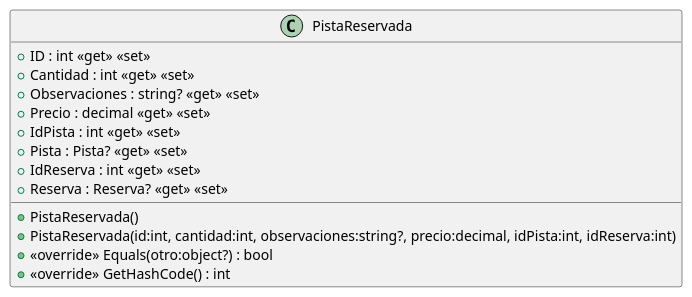
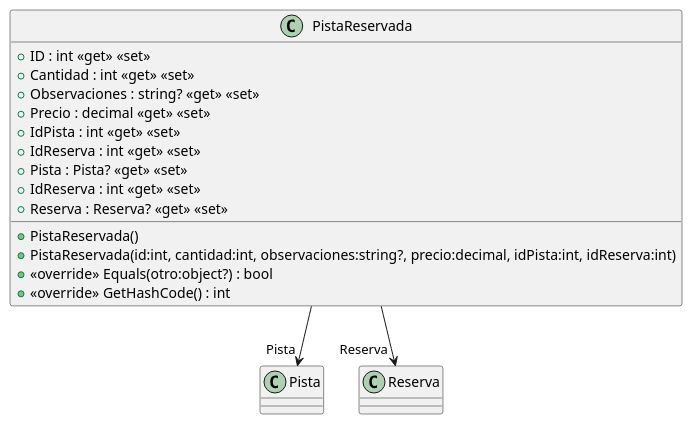
The diagram in src/AppForSEII.API/ClassDiagram/PistaReservada.puml (GrupoSixSeven/ISII2627GrupoSixSeven), drawn with PlantUML before and after one commit. The commit also changed 13 other files, not shown here.

First line of the commit message:
Crear diagrama CU-3 (T-29)

```diff
--- a/src/AppForSEII.API/ClassDiagram/PistaReservada.puml
+++ b/src/AppForSEII.API/ClassDiagram/PistaReservada.puml
@@ -1,16 +1,19 @@
 @startuml
 class PistaReservada {
     + ID : int <<get>> <<set>>
     + Cantidad : int <<get>> <<set>>
     + Observaciones : string? <<get>> <<set>>
     + Precio : decimal <<get>> <<set>>
     + IdPista : int <<get>> <<set>>
+    + IdReserva : int <<get>> <<set>>
     + Pista : Pista? <<get>> <<set>>
     + IdReserva : int <<get>> <<set>>
     + Reserva : Reserva? <<get>> <<set>>
     + PistaReservada()
     + PistaReservada(id:int, cantidad:int, observaciones:string?, precio:decimal, idPista:int, idReserva:int)
     + <<override>> Equals(otro:object?) : bool
     + <<override>> GetHashCode() : int
 }
+PistaReservada --> "Pista" Pista
+PistaReservada --> "Reserva" Reserva
 @enduml
```
